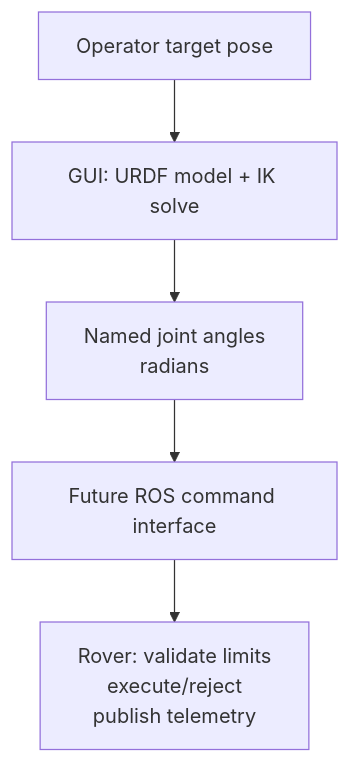
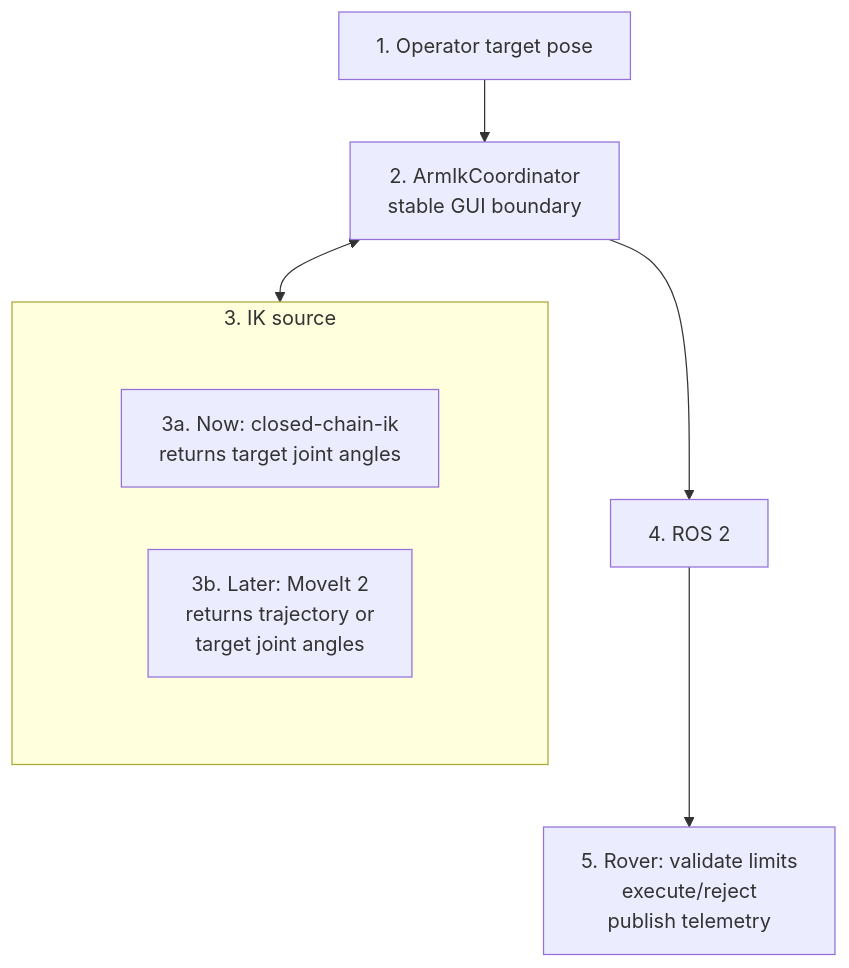
The diagram in gui/docs/arm-ik.md (deakin-robotics/Chasmata-2027), drawn with Mermaid before and after one commit. The commit also changed other lines of this file and 3 other files, not shown here.

Commit message:
Clarify GUI state and IK documentation flows

````diff
--- a/gui/docs/arm-ik.md
+++ b/gui/docs/arm-ik.md
@@ -10,10 +10,22 @@
 ```mermaid
 flowchart TD
-    target[Operator target pose]
-    solve[GUI: URDF model + IK solve]
-    angles[Named joint angles<br/>radians]
-    ros[Future ROS command interface]
-    rover[Rover: validate limits<br/>execute/reject<br/>publish telemetry]
+    target[1. Operator target pose]
+    coordinator[2. ArmIkCoordinator<br/>stable GUI boundary]
+    ros[4. ROS 2]
+    rover[5. Rover: validate limits<br/>execute/reject<br/>publish telemetry]
 
-    target --> solve --> angles --> ros --> rover
+    subgraph solverBox[3. IK source]
+        subgraph solverOptions[ ]
+            direction LR
+            current[3a. Now: closed-chain-ik<br/>returns target joint angles]
+            future[3b. Later: MoveIt 2<br/>returns trajectory or<br/>target joint angles]
+        end
+    end
+
+    target --> coordinator
+    coordinator <--> solverBox
+    coordinator --> ros
+    ros --> rover
+
+    style solverOptions fill:transparent,stroke:transparent,color:transparent
 ```
````
